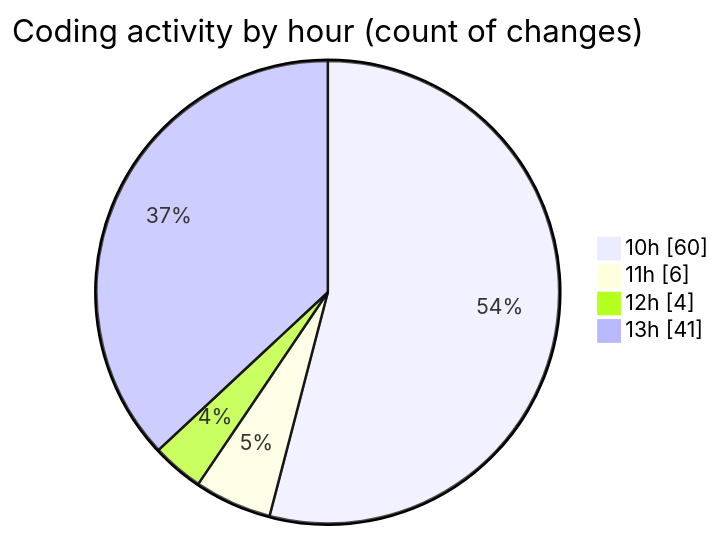
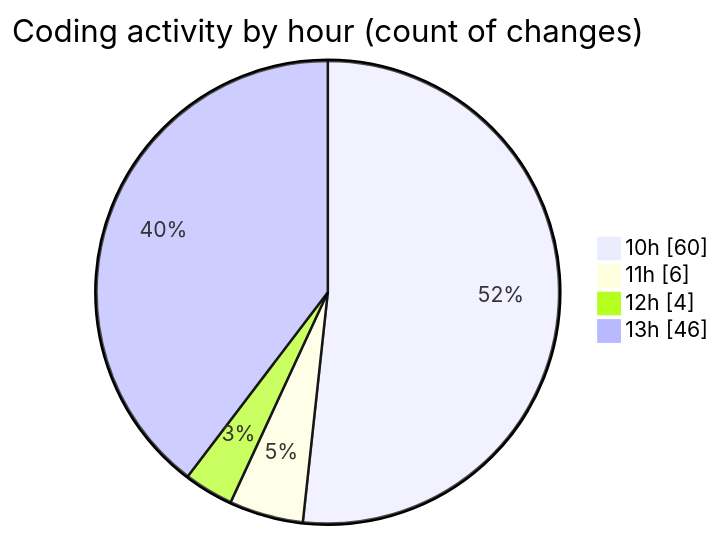
Before and after one commit to momahboobian/code-tracking: the second of 2 diagrams in 2026-06-18/cda/README.md, drawn with Mermaid. The commit also changed other lines of this file and 1 other file, not shown here.

````diff
--- a/2026-06-18/cda/README.md
+++ b/2026-06-18/cda/README.md
@@ -71,8 +73,8 @@
 ```mermaid
 pie showData
 title Coding activity by hour (count of changes)
 "10h" : 60
 "11h" : 6
 "12h" : 4
-"13h" : 41
+"13h" : 46
 ```
````
